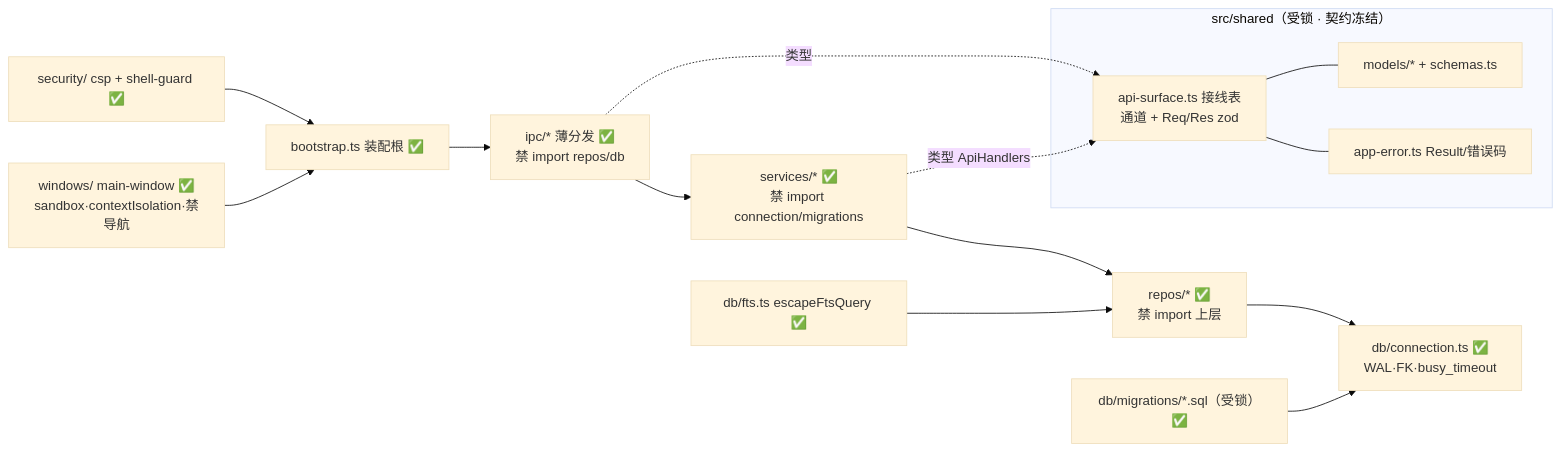
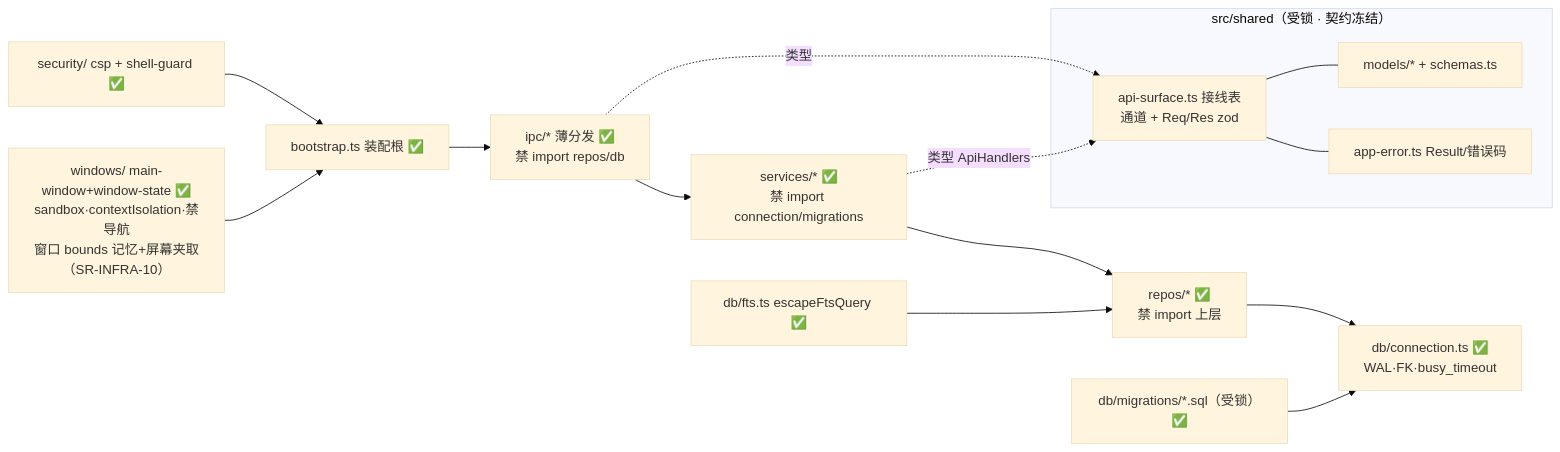
One commit to yyx20040712/Synapse changed the second of 7 diagrams in docs/architecture.md. Above: the diagram before and after it, drawn with Mermaid (base theme). The commit also changed other lines of this file and 41 other files, not shown here.

````diff
--- a/docs/architecture.md
+++ b/docs/architecture.md
@@ -112,19 +147,19 @@
 ```mermaid
 flowchart LR
   subgraph SHARED["src/shared（受锁 · 契约冻结）"]
     SURF["api-surface.ts 接线表<br/>通道 + Req/Res zod"]
     MODELS["models/* + schemas.ts"]
     ERR["app-error.ts Result/错误码"]
   end
   IPC["ipc/* 薄分发 ✅<br/>禁 import repos/db"] --> SVC2["services/* ✅<br/>禁 import connection/migrations"]
   SVC2 --> REPO2["repos/* ✅<br/>禁 import 上层"]
   REPO2 --> CONN["db/connection.ts ✅<br/>WAL·FK·busy_timeout"]
   MIG["db/migrations/*.sql（受锁）✅"] --> CONN
   FTS["db/fts.ts escapeFtsQuery ✅"] --> REPO2
   SEC["security/ csp + shell-guard ✅"] --> BOOT["bootstrap.ts 装配根 ✅"]
-  WIN["windows/ main-window ✅<br/>sandbox·contextIsolation·禁导航"] --> BOOT
+  WIN["windows/ main-window+window-state ✅<br/>sandbox·contextIsolation·禁导航<br/>窗口 bounds 记忆+屏幕夹取（SR-INFRA-10）"] --> BOOT
   BOOT --> IPC
   IPC -.->|类型| SURF
   SVC2 -.->|类型 ApiHandlers| SURF
   SURF --- MODELS & ERR
 ```
````
